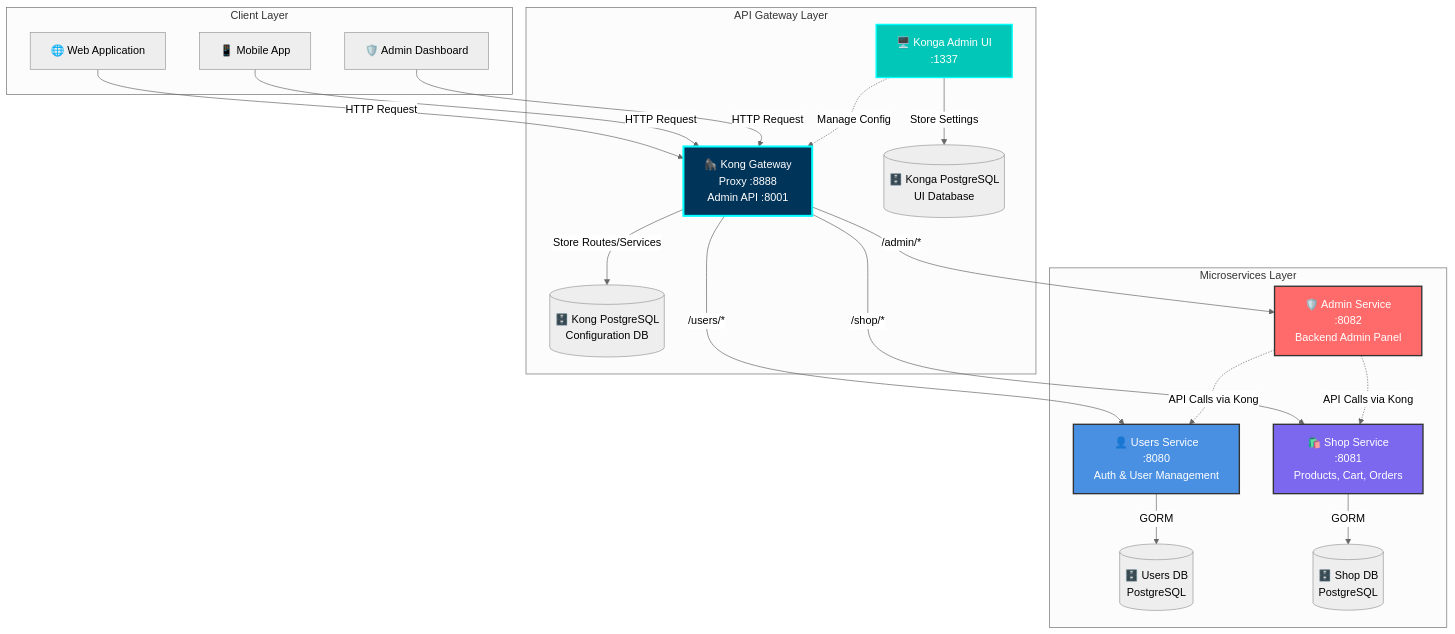
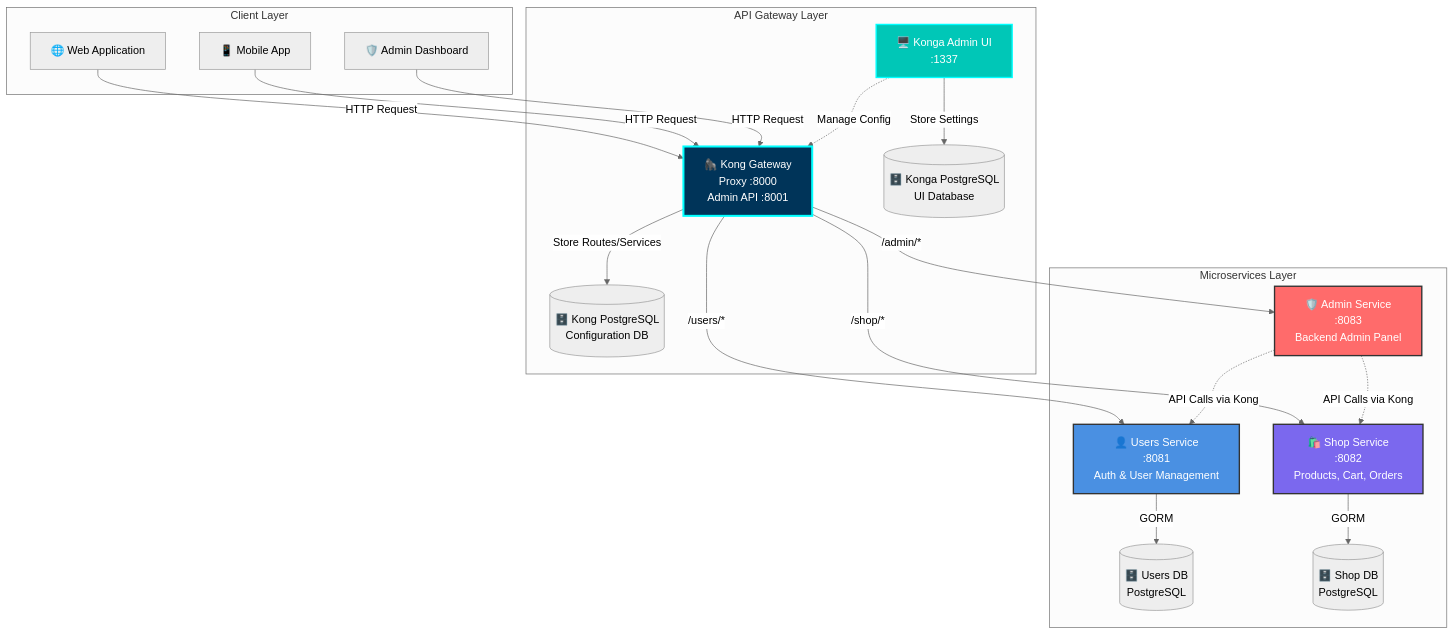
One commit to Wattanaroj2567/Mini-Project-Golang changed the first of 2 diagrams in README.md. Above: the diagram before and after it, drawn with Mermaid (neutral theme). The commit also changed other lines of this file, not shown here.

````diff
--- a/README.md
+++ b/README.md
@@ -71,53 +115,53 @@
 ```mermaid
 graph TB
     subgraph "Client Layer"
         WEB[🌐 Web Application]
         MOBILE[📱 Mobile App]
         ADMIN_UI[🛡️ Admin Dashboard]
     end
 
     subgraph "API Gateway Layer"
         KONGA[🖥️ Konga Admin UI<br/>:1337]
-        KONG[🦍 Kong Gateway<br/>Proxy :8888<br/>Admin API :8001]
+        KONG[🦍 Kong Gateway<br/>Proxy :8000<br/>Admin API :8001]
         KONG_DB[(🗄️ Kong PostgreSQL<br/>Configuration DB)]
         KONGA_DB[(🗄️ Konga PostgreSQL<br/>UI Database)]
     end
 
     subgraph "Microservices Layer"
-        USERS[👤 Users Service<br/>:8080<br/>Auth & User Management]
-        SHOP[🛍️ Shop Service<br/>:8081<br/>Products, Cart, Orders]
-        ADMIN[🛡️ Admin Service<br/>:8082<br/>Backend Admin Panel]
+        USERS[👤 Users Service<br/>:8081<br/>Auth & User Management]
+        SHOP[🛍️ Shop Service<br/>:8082<br/>Products, Cart, Orders]
+        ADMIN[🛡️ Admin Service<br/>:8083<br/>Backend Admin Panel]
 
         USERS_DB[(🗄️ Users DB<br/>PostgreSQL)]
         SHOP_DB[(🗄️ Shop DB<br/>PostgreSQL)]
     end
 
     %% Client connections
     WEB -->|HTTP Request| KONG
     MOBILE -->|HTTP Request| KONG
     ADMIN_UI -->|HTTP Request| KONG
 
     %% Konga manages Kong
     KONGA -.->|Manage Config| KONG
     KONGA -->|Store Settings| KONGA_DB
     KONG -->|Store Routes/Services| KONG_DB
 
     %% Kong routes to services
     KONG -->|/users/*| USERS
     KONG -->|/shop/*| SHOP
     KONG -->|/admin/*| ADMIN
 
     %% Admin service calls other services
     ADMIN -.->|API Calls via Kong| USERS
     ADMIN -.->|API Calls via Kong| SHOP
 
     %% Services connect to databases
     USERS -->|GORM| USERS_DB
     SHOP -->|GORM| SHOP_DB
 
     style KONG fill:#003459,stroke:#00ffff,stroke-width:3px,color:#fff
     style KONGA fill:#00C7B7,stroke:#00ffff,stroke-width:2px,color:#fff
     style USERS fill:#4A90E2,stroke:#333,stroke-width:2px,color:#fff
     style SHOP fill:#7B68EE,stroke:#333,stroke-width:2px,color:#fff
     style ADMIN fill:#FF6B6B,stroke:#333,stroke-width:2px,color:#fff
 ```
````
